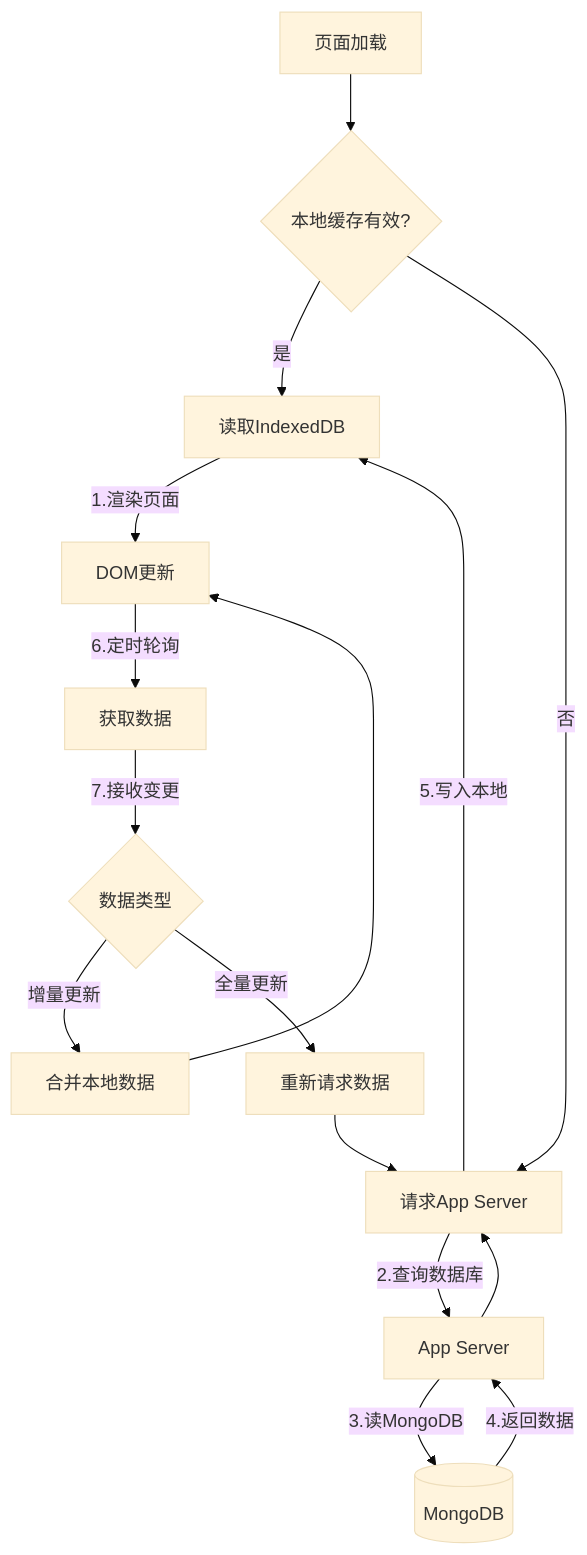
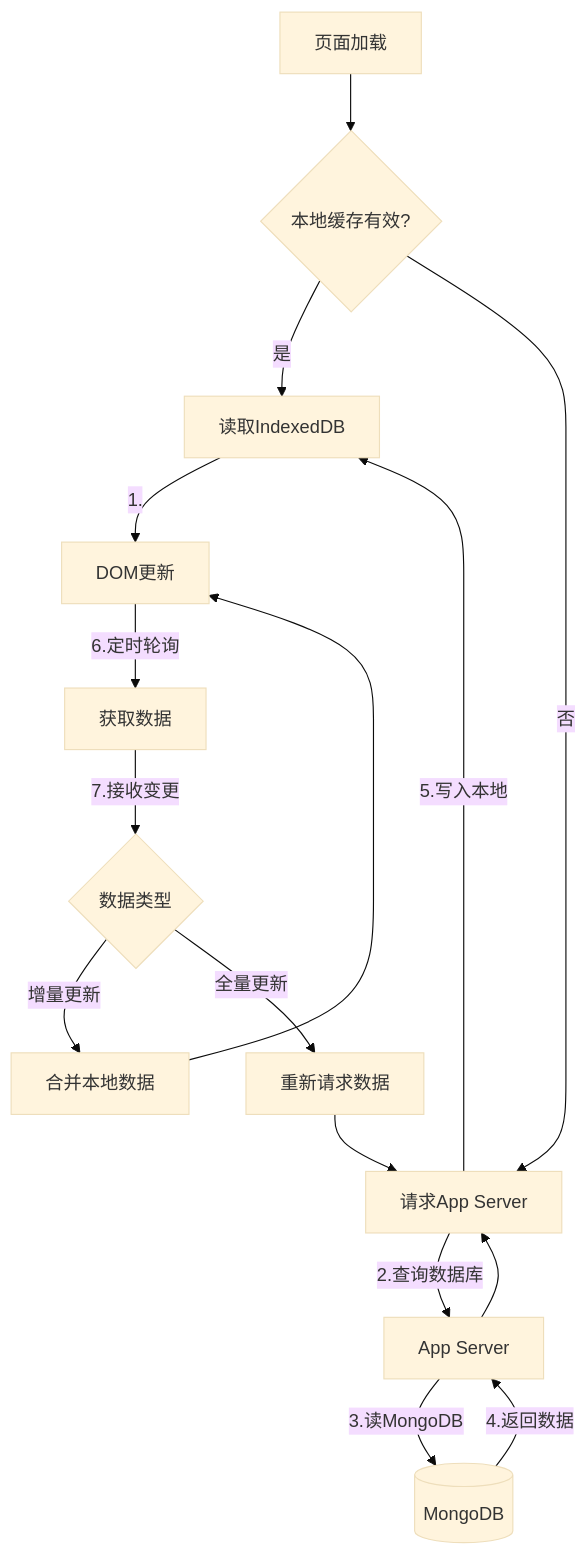
The diagram in all/未命名-21.md (yingjianzh/iodraw-files), drawn with Mermaid (base theme) before and after one commit.

Commit message:
2025-02-18 11:29:15 update

````diff
--- a/all/未命名-21.md
+++ b/all/未命名-21.md
@@ -1,19 +1,19 @@
 ```mermaid
 
 graph TD
     A[页面加载] --> B{本地缓存有效?}
     B -->|是| C[读取IndexedDB]
     B -->|否| D[请求App Server]
-    C -->|1.渲染页面| E[DOM更新]
+    C -->|1.| E[DOM更新]
     D -->|2.查询数据库| F[App Server]
     F -->|3.读MongoDB| G[(MongoDB)]
     G -->|4.返回数据| F --> D
     D -->|5.写入本地| C
     E -->|6.定时轮询| H[获取数据]
     H -->|7.接收变更| I{数据类型}
     I -->|增量更新| J[合并本地数据]
     I -->|全量更新| K[重新请求数据]
     J --> E
     K --> D
 
 ```
````
